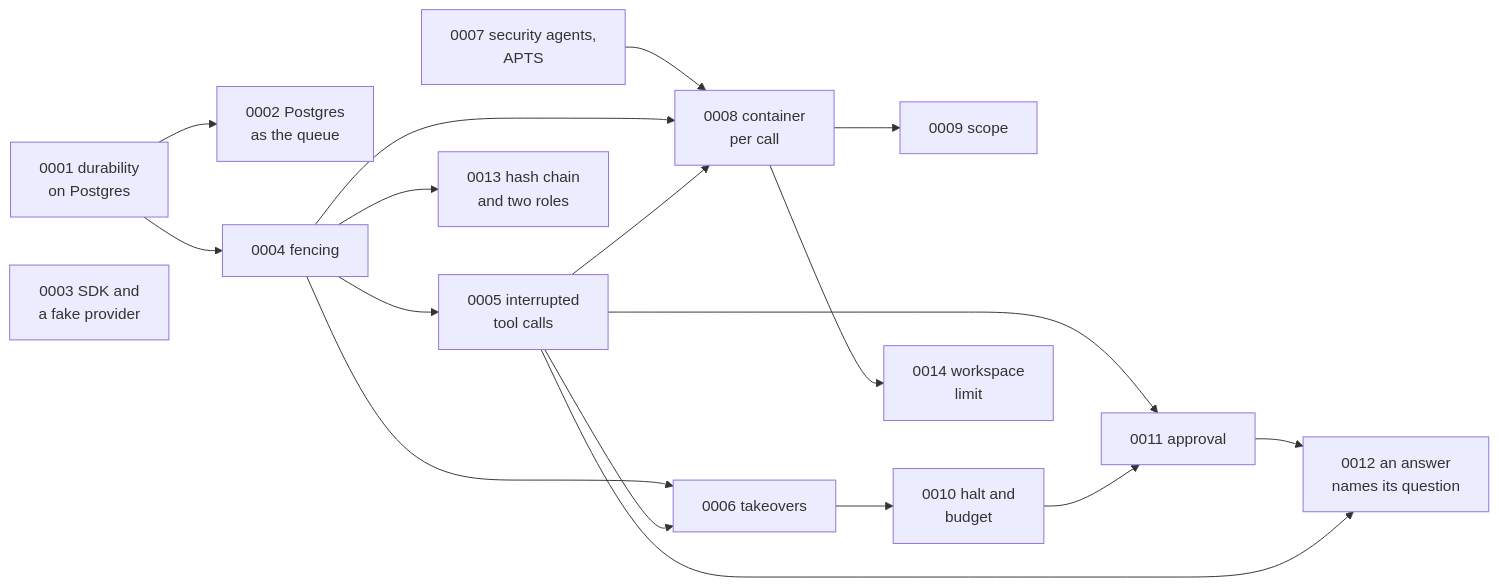
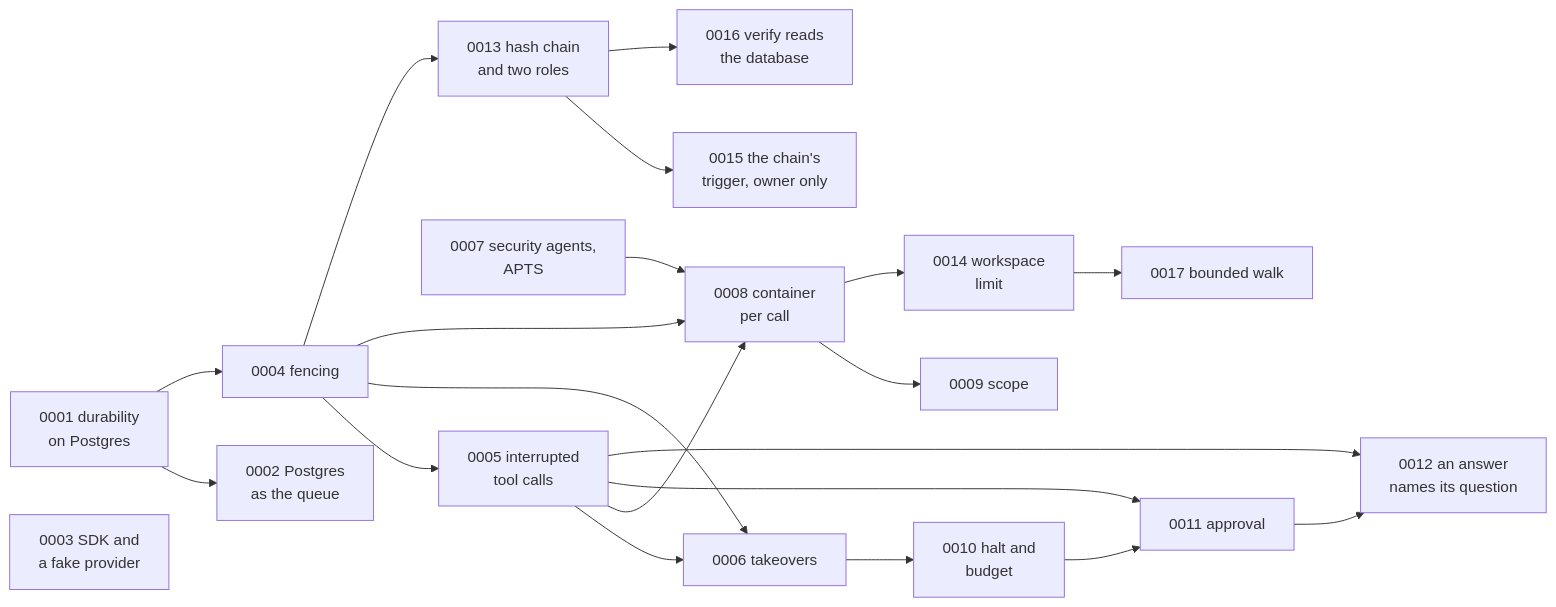
Before and after one commit to sindredg/agent-runtime: the diagram in docs/adr/README.md, drawn with Mermaid. The commit also changed other lines of this file and 14 other files, not shown here.

````diff
--- a/docs/adr/README.md
+++ b/docs/adr/README.md
@@ -6,20 +6,23 @@
 ```mermaid
 flowchart LR
     A1[0001 durability<br/>on Postgres] --> A2[0002 Postgres<br/>as the queue]
     A1 --> A4[0004 fencing]
     A4 --> A5[0005 interrupted<br/>tool calls]
     A4 --> A6[0006 takeovers]
     A5 --> A6
     A7[0007 security agents,<br/>APTS] --> A8[0008 container<br/>per call]
     A4 --> A8
     A5 --> A8
     A8 --> A9[0009 scope]
     A6 --> A10[0010 halt and<br/>budget]
     A5 --> A11[0011 approval]
     A10 --> A11
     A11 --> A12[0012 an answer<br/>names its question]
     A5 --> A12
     A4 --> A13[0013 hash chain<br/>and two roles]
     A8 --> A14[0014 workspace<br/>limit]
+    A13 --> A15[0015 the chain's<br/>trigger, owner only]
+    A13 --> A16[0016 verify reads<br/>the database]
+    A14 --> A17[0017 bounded walk]
     A3[0003 SDK and<br/>a fake provider]
 ```
````
